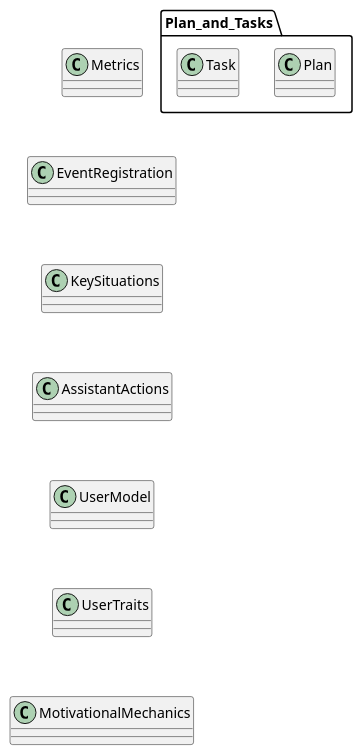
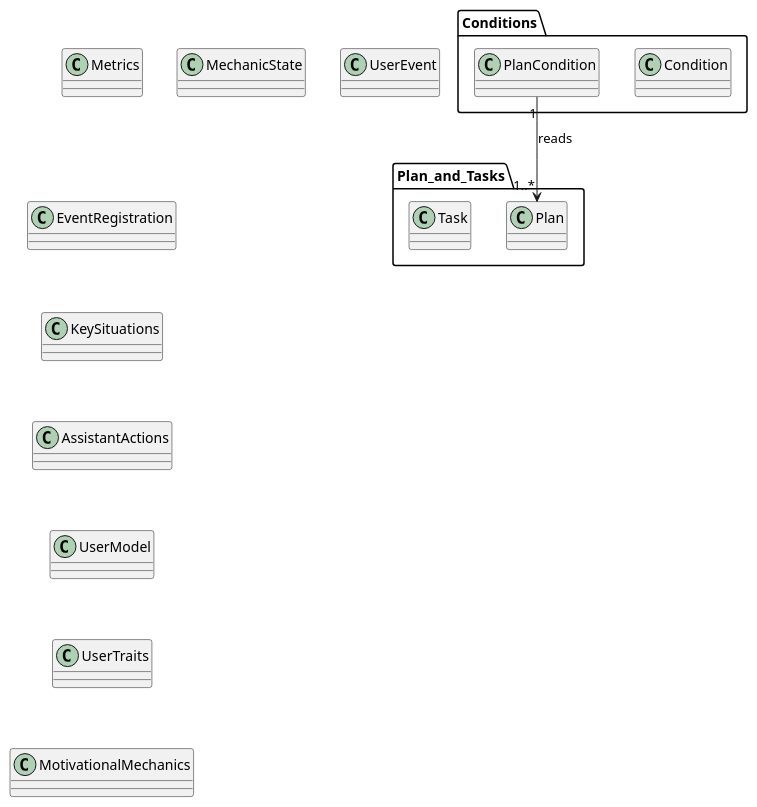
Before and after one commit to Maks-stack/ontology: the diagram in UML/relationships.puml, drawn with PlantUML. The commit also changed 59 other files, not shown here.

```diff
--- a/UML/relationships.puml
+++ b/UML/relationships.puml
@@ -1,41 +1,48 @@
 @startuml
 Metrics -[hidden]-> EventRegistration
 EventRegistration -[hidden]-> KeySituations
 KeySituations -[hidden]-> AssistantActions
 AssistantActions -[hidden]-> UserModel
 UserModel -[hidden]-> UserTraits
 UserTraits -[hidden]-> MotivationalMechanics
 
 MotivationalMechanics.MotivationalMechanic "1" --> "1..2" UserModel.UserTraitWeight : selected_by
 
 AssistantActions.AssistantAction --> "0..1" MotivationalMechanics.MotivationalMechanic : toggles
 AssistantActions.AssistantAction --> "0..*" UserModel.User : targets
 AssistantActions.AssistantAction "1..*" --> "1..*" Metrics.Metric : considers
 AssistantActions.AssistantAction "1..*" --> "1..*" UserModel.UserTraitWeight : considers
-AssistantActions.AssistantAction "1..*" --> "1..*" UserModel.UserState : considers
 
 EventRegistration.Event "1..*" --> "0..*" KeySituations.KeySituation : triggers
 
 EventRegistration.Event "1..*" --> "0..*" Metrics.Metric : produces
 
 KeySituations.KeySituation "1" --> "0..*" AssistantActions.AssistantAction : triggers
-
-UserModel.MotivationalState "1" --> "1..*" Metrics.Metric : reads
-UserModel.CognitiveLoadState "1"--> "1..*" Metrics.Metric : reads
 
 UserModel.UserTraitWeight "1" --> "1..*" UserTraits.UserTrait : references
 UserModel.User "1" --> "1..*" AssistantActions.AssistantAction : receives
 UserModel.User --> Metrics.Metric : "has"
 
 UserModel.User "1" --> "1" Plan_and_Tasks.Plan : "has"
 
 EventRegistration.TaskEvent "1" --> "1" Plan_and_Tasks.Task : "refers"
 Metrics.Metric "1" --> "1" EventRegistration.EventCollection : "reads"
 
+MotivationalMechanic "1" --> "1" Metric : is_determined_by
+MotivationalMechanic "1" --> "1" MechanicState : has
+
 MotivationalMechanics.MotivationalMechanic "1" --> "1" Metrics.Metric : "is_determined_by"
-MotivationalMechanics.MotivationalMechanic "1" --> "1" Metrics.MechanicState : "has"
-
 
 MotivationalMechanics.Usertrait_Mechanic_Mapping.Level_and_Experience_Point_System_to_Player --> UserTraits.Player : maps
 MotivationalMechanics.Usertrait_Mechanic_Mapping.Level_and_Experience_Point_System_to_Player --> MotivationalMechanics.Level_and_Experience_Point_System : maps
+
+User --> UserEvent : "executes"
+
+MotivationalMechanics.MotivationalMechanic "1" --> "1" Metrics.MechanicState : "references"
+
+AssistantActions.AssistantAction "1" --> "1..*" Conditions.Condition : uses
+AssistantActions.AssistantAction "1" --> "1" KeySituations.KeySituation : evaluates
+
+Conditions.Condition "1" --> "1..*" Metrics.Metric : reads
+Conditions.PlanCondition "1" --> "1..*" Plan_and_Tasks.Plan : reads
 @enduml
```
